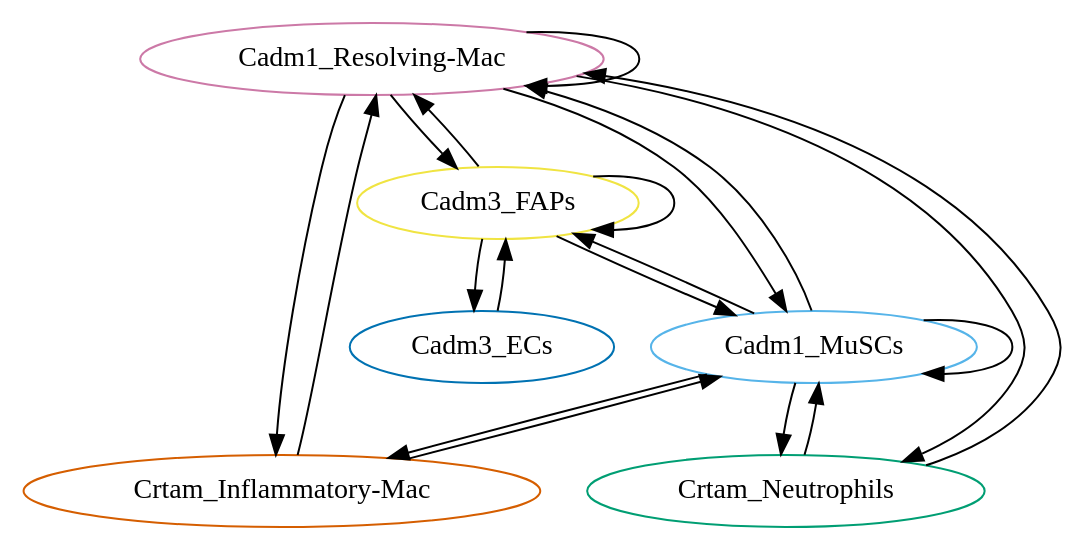
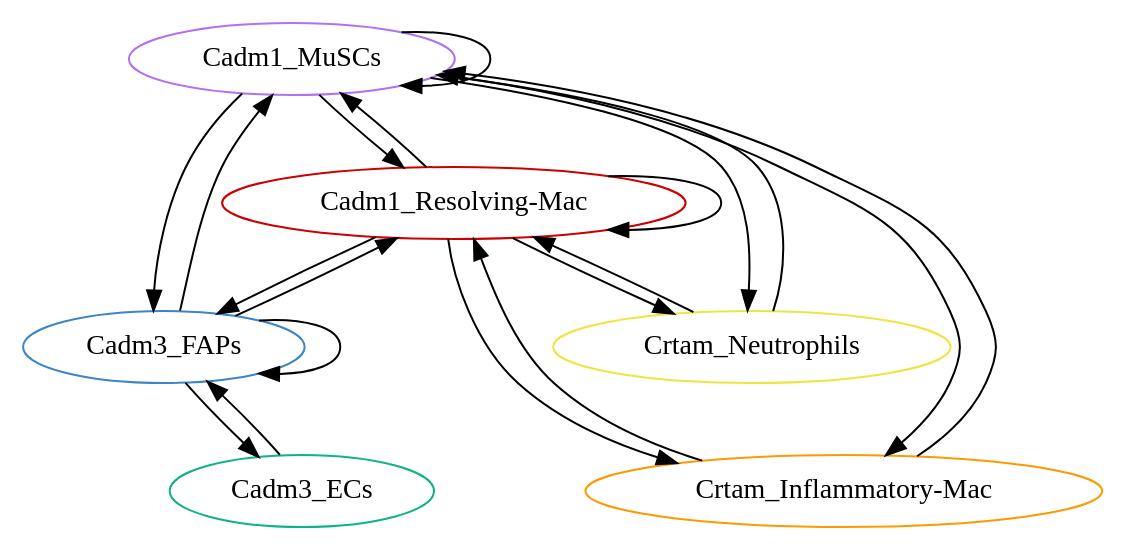
Before and after one commit to LeGrand-Lab/BulkAnalysis_plusNetwork: the diagram in networks_explore/propertiesYoung/dir_compo_D2_b.dot, drawn with Graphviz. The commit also changed 43 other files, not shown here.

```diff
--- a/networks_explore/propertiesYoung/dir_compo_D2_b.dot
+++ b/networks_explore/propertiesYoung/dir_compo_D2_b.dot
@@ -1,89 +1,89 @@
 digraph "" {
+	Cadm1_MuSCs	[celltype=MuSCs,
+		color="#b171f1ff",
+		genesym=Cadm1,
+		nodetype=receiver,
+		specificity=0.3916503602216272];
+	Cadm1_MuSCs -> Cadm1_MuSCs	[ecolor="#b171f1ff",
+		origtype=Cadm1_MuSCs,
+		weight=0.1533900046617303];
 	"Cadm1_Resolving-Mac"	[celltype="Resolving-Mac",
-		color="#CC79A7",
+		color="#cc0000ff",
 		genesym=Cadm1,
 		nodetype=receiver,
 		specificity=0.386889418809123];
-	"Cadm1_Resolving-Mac" -> "Cadm1_Resolving-Mac"	[ecolor="#CC79A7",
-		origtype="Cadm1_Resolving-Mac",
-		weight=0.149683422386461];
+	Cadm1_MuSCs -> "Cadm1_Resolving-Mac"	[ecolor="#b171f1ff",
+		origtype=Cadm1_MuSCs,
+		weight=0.151525380242529];
+	"Crtam_Inflammatory-Mac"	[celltype="Inflammatory-Mac",
+		color="#ff9900ff",
+		genesym=Crtam,
+		nodetype=sender,
+		specificity=0.2822368751677807];
+	Cadm1_MuSCs -> "Crtam_Inflammatory-Mac"	[ecolor="#b171f1ff",
+		origtype=Cadm1_MuSCs,
+		weight=0.1105381738272877];
 	Cadm3_FAPs	[celltype=FAPs,
-		color="#F0E442",
+		color="#3d85c6ff",
 		genesym=Cadm3,
 		nodetype=receiver,
 		specificity=0.6229182693423464];
-	"Cadm1_Resolving-Mac" -> Cadm3_FAPs	[ecolor="#CC79A7",
-		origtype="Cadm1_Resolving-Mac",
-		weight=0.2410004871914451];
-	Cadm1_MuSCs	[celltype=MuSCs,
-		color="#56B4E9",
-		genesym=Cadm1,
-		nodetype=receiver,
-		specificity=0.3916503602216272];
-	"Cadm1_Resolving-Mac" -> Cadm1_MuSCs	[ecolor="#CC79A7",
-		origtype="Cadm1_Resolving-Mac",
-		weight=0.151525380242529];
-	"Crtam_Inflammatory-Mac"	[celltype="Inflammatory-Mac",
-		color="#D55E00",
-		genesym=Crtam,
-		nodetype=sender,
-		specificity=0.2822368751677807];
-	"Cadm1_Resolving-Mac" -> "Crtam_Inflammatory-Mac"	[ecolor="#CC79A7",
-		origtype="Cadm1_Resolving-Mac",
-		weight=0.1091944606001657];
+	Cadm1_MuSCs -> Cadm3_FAPs	[ecolor="#b171f1ff",
+		origtype=Cadm1_MuSCs,
+		weight=0.2439661645765626];
 	Crtam_Neutrophils	[celltype=Neutrophils,
-		color="#009E73",
+		color="#f0e442ff",
 		genesym=Crtam,
 		nodetype=sender,
 		specificity=0.4891666632647158];
-	"Cadm1_Resolving-Mac" -> Crtam_Neutrophils	[ecolor="#CC79A7",
+	Cadm1_MuSCs -> Crtam_Neutrophils	[ecolor="#b171f1ff",
+		origtype=Cadm1_MuSCs,
+		weight=0.1915822998760374];
+	"Cadm1_Resolving-Mac" -> Cadm1_MuSCs	[ecolor="#cc0000ff",
+		origtype="Cadm1_Resolving-Mac",
+		weight=0.151525380242529];
+	"Cadm1_Resolving-Mac" -> "Cadm1_Resolving-Mac"	[ecolor="#cc0000ff",
+		origtype="Cadm1_Resolving-Mac",
+		weight=0.149683422386461];
+	"Cadm1_Resolving-Mac" -> "Crtam_Inflammatory-Mac"	[ecolor="#cc0000ff",
+		origtype="Cadm1_Resolving-Mac",
+		weight=0.1091944606001657];
+	"Cadm1_Resolving-Mac" -> Cadm3_FAPs	[ecolor="#cc0000ff",
+		origtype="Cadm1_Resolving-Mac",
+		weight=0.2410004871914451];
+	"Cadm1_Resolving-Mac" -> Crtam_Neutrophils	[ecolor="#cc0000ff",
 		origtype="Cadm1_Resolving-Mac",
 		weight=0.1892534060512839];
-	Cadm3_FAPs -> "Cadm1_Resolving-Mac"	[ecolor="#F0E442",
+	"Crtam_Inflammatory-Mac" -> Cadm1_MuSCs	[ecolor="#ff9900ff",
+		origtype="Crtam_Inflammatory-Mac",
+		weight=0.1105381738272877];
+	"Crtam_Inflammatory-Mac" -> "Cadm1_Resolving-Mac"	[ecolor="#ff9900ff",
+		origtype="Crtam_Inflammatory-Mac",
+		weight=0.1091944606001657];
+	Cadm3_FAPs -> Cadm1_MuSCs	[ecolor="#3d85c6ff",
+		origtype=Cadm3_FAPs,
+		weight=0.2439661645765626];
+	Cadm3_FAPs -> "Cadm1_Resolving-Mac"	[ecolor="#3d85c6ff",
 		origtype=Cadm3_FAPs,
 		weight=0.2410004871914451];
-	Cadm3_FAPs -> Cadm3_FAPs	[ecolor="#F0E442",
+	Cadm3_FAPs -> Cadm3_FAPs	[ecolor="#3d85c6ff",
 		origtype=Cadm3_FAPs,
 		weight=0.388027170280464];
-	Cadm3_FAPs -> Cadm1_MuSCs	[ecolor="#F0E442",
-		origtype=Cadm3_FAPs,
-		weight=0.2439661645765626];
 	Cadm3_ECs	[celltype=ECs,
-		color="#0072B2",
+		color="#10b387ff",
 		genesym=Cadm3,
 		nodetype=receiver,
 		specificity=0.2244360559441497];
-	Cadm3_FAPs -> Cadm3_ECs	[ecolor="#F0E442",
+	Cadm3_FAPs -> Cadm3_ECs	[ecolor="#3d85c6ff",
 		origtype=Cadm3_FAPs,
 		weight=0.1398053195467517];
-	Cadm1_MuSCs -> "Cadm1_Resolving-Mac"	[ecolor="#56B4E9",
-		origtype=Cadm1_MuSCs,
-		weight=0.151525380242529];
-	Cadm1_MuSCs -> Cadm3_FAPs	[ecolor="#56B4E9",
-		origtype=Cadm1_MuSCs,
-		weight=0.2439661645765626];
-	Cadm1_MuSCs -> Cadm1_MuSCs	[ecolor="#56B4E9",
-		origtype=Cadm1_MuSCs,
-		weight=0.1533900046617303];
-	Cadm1_MuSCs -> "Crtam_Inflammatory-Mac"	[ecolor="#56B4E9",
-		origtype=Cadm1_MuSCs,
-		weight=0.1105381738272877];
-	Cadm1_MuSCs -> Crtam_Neutrophils	[ecolor="#56B4E9",
-		origtype=Cadm1_MuSCs,
-		weight=0.1915822998760374];
-	"Crtam_Inflammatory-Mac" -> "Cadm1_Resolving-Mac"	[ecolor="#D55E00",
-		origtype="Crtam_Inflammatory-Mac",
-		weight=0.1091944606001657];
-	"Crtam_Inflammatory-Mac" -> Cadm1_MuSCs	[ecolor="#D55E00",
-		origtype="Crtam_Inflammatory-Mac",
-		weight=0.1105381738272877];
-	Cadm3_ECs -> Cadm3_FAPs	[ecolor="#0072B2",
+	Cadm3_ECs -> Cadm3_FAPs	[ecolor="#10b387ff",
 		origtype=Cadm3_ECs,
 		weight=0.1398053195467517];
-	Crtam_Neutrophils -> "Cadm1_Resolving-Mac"	[ecolor="#009E73",
+	Crtam_Neutrophils -> Cadm1_MuSCs	[ecolor="#f0e442ff",
+		origtype=Crtam_Neutrophils,
+		weight=0.1915822998760374];
+	Crtam_Neutrophils -> "Cadm1_Resolving-Mac"	[ecolor="#f0e442ff",
 		origtype=Crtam_Neutrophils,
 		weight=0.1892534060512839];
-	Crtam_Neutrophils -> Cadm1_MuSCs	[ecolor="#009E73",
-		origtype=Crtam_Neutrophils,
-		weight=0.1915822998760374];
 }
```
